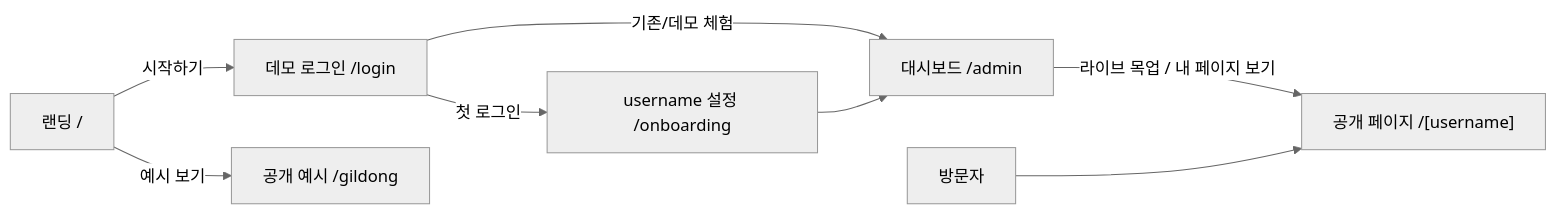
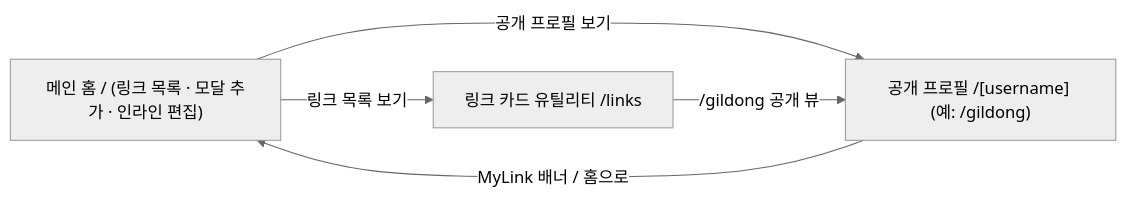
The diagram in docs/PRD.md (SELC2026UNIVER/my_link), drawn with Mermaid (neutral theme) before and after one commit. The commit also changed other lines of this file and 11 other files, not shown here.

Commit message:
refactor: remove /admin and demo session, move modal link management to root /

````diff
--- a/docs/PRD.md
+++ b/docs/PRD.md
@@ -81,10 +69,7 @@
 ```mermaid
 flowchart LR
-    A["랜딩 /"] -->|"시작하기"| C["데모 로그인 /login"]
-    A -->|"예시 보기"| G["공개 예시 /gildong"]
-    C -->|"첫 로그인"| B["username 설정 /onboarding"]
-    C -->|"기존/데모 체험"| D["대시보드 /admin"]
-    B --> D
-    D -->|"라이브 목업 / 내 페이지 보기"| E["공개 페이지 /[username]"]
-    F["방문자"] --> E
+    A["메인 홈 / (링크 목록 · 모달 추가 · 인라인 편집)"] -->|"링크 목록 보기"| L["링크 카드 유틸리티 /links"]
+    A -->|"공개 프로필 보기"| E["공개 프로필 /[username] (예: /gildong)"]
+    L -->|"/gildong 공개 뷰"| E
+    E -->|"MyLink 배너 / 홈으로"| A
 ```
````
